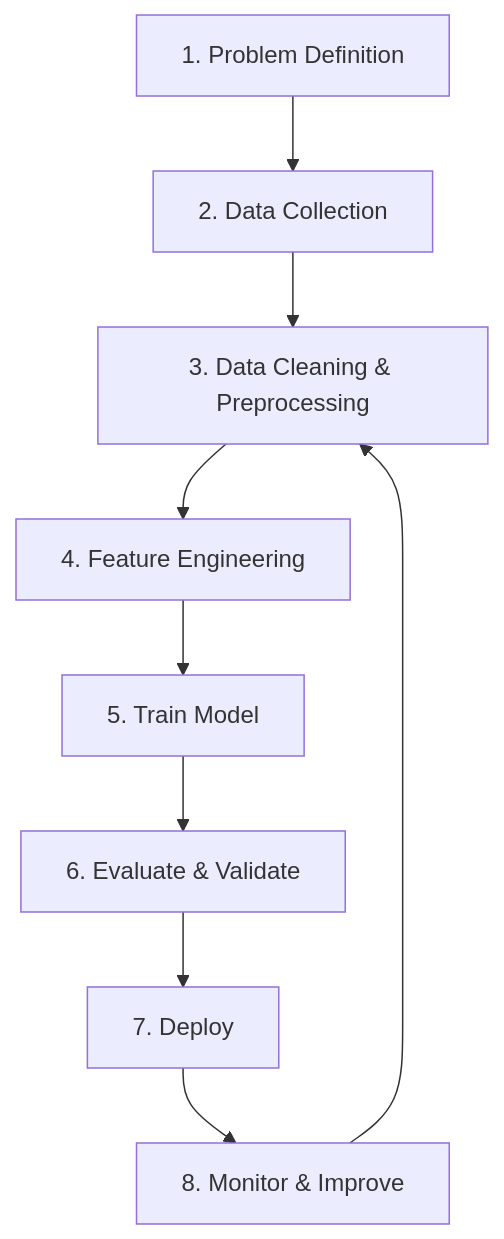
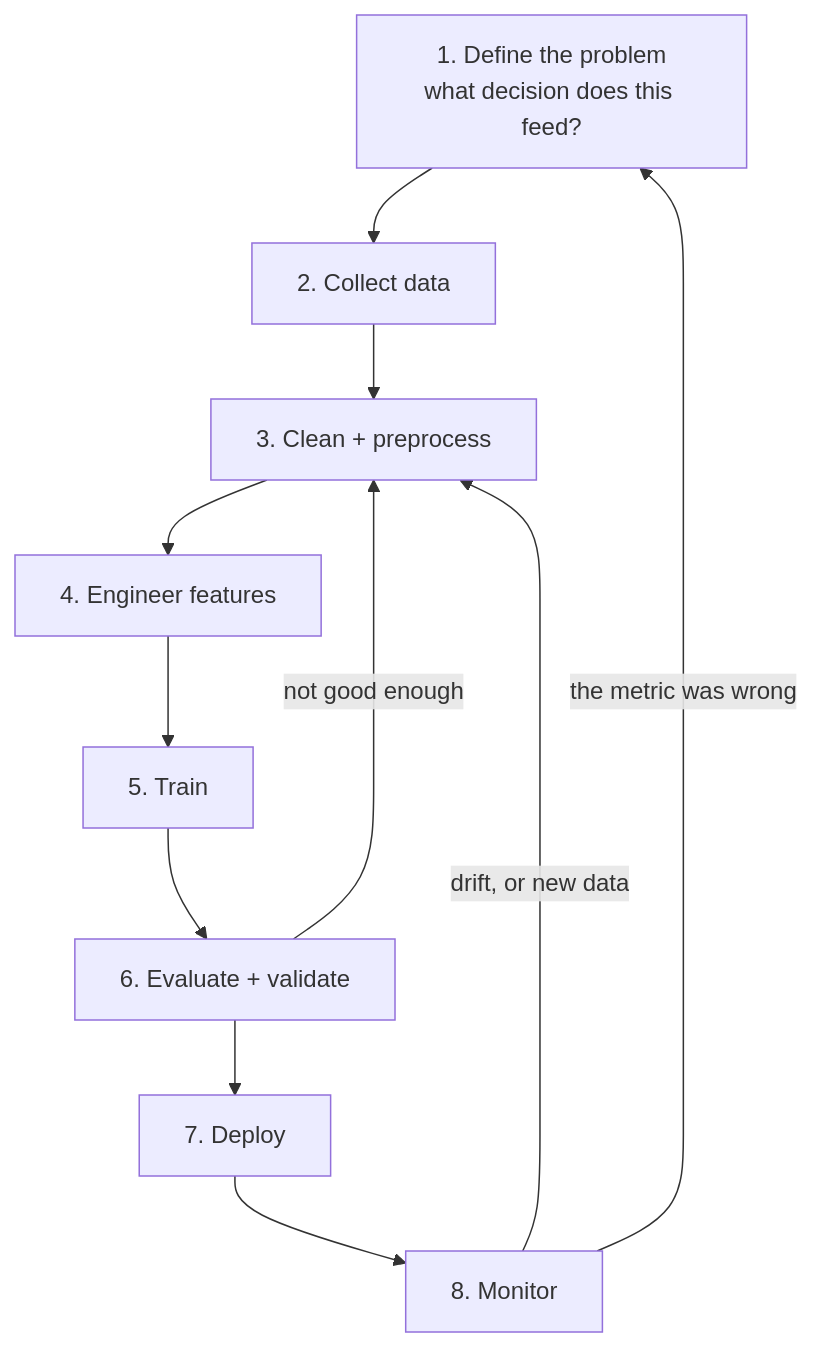
The diagram in src/content/docs/Machine Learning/Phase 01 - The ML Foundation/The ML Lifecycle From Data to Deployment.mdx (Ravikisha/PythonCentralHub), drawn with Mermaid before and after one commit. The commit also changed other lines of this file and 1327 other files, not shown here.

````diff
--- a/src/content/docs/Machine Learning/Phase 01 - The ML Foundation/The ML Lifecycle From Data to Deployment.mdx
+++ b/src/content/docs/Machine Learning/Phase 01 - The ML Foundation/The ML Lifecycle From Data to Deployment.mdx
@@ -21,11 +22,13 @@
 ```mermaid
 flowchart TD
-  A[1. Problem Definition] --> B[2. Data Collection]
-  B --> C[3. Data Cleaning & Preprocessing]
-  C --> D[4. Feature Engineering]
-  D --> E[5. Train Model]
-  E --> F[6. Evaluate & Validate]
-  F --> G[7. Deploy]
-  G --> H[8. Monitor & Improve]
-  H --> C
+  A["1. Define the problem<br/>what decision does this feed?"] --> B["2. Collect data"]
+  B --> C["3. Clean + preprocess"]
+  C --> D["4. Engineer features"]
+  D --> E["5. Train"]
+  E --> F["6. Evaluate + validate"]
+  F -->|"not good enough"| C
+  F --> G["7. Deploy"]
+  G --> H["8. Monitor"]
+  H -->|"drift, or new data"| C
+  H -->|"the metric was wrong"| A
 ```
````
